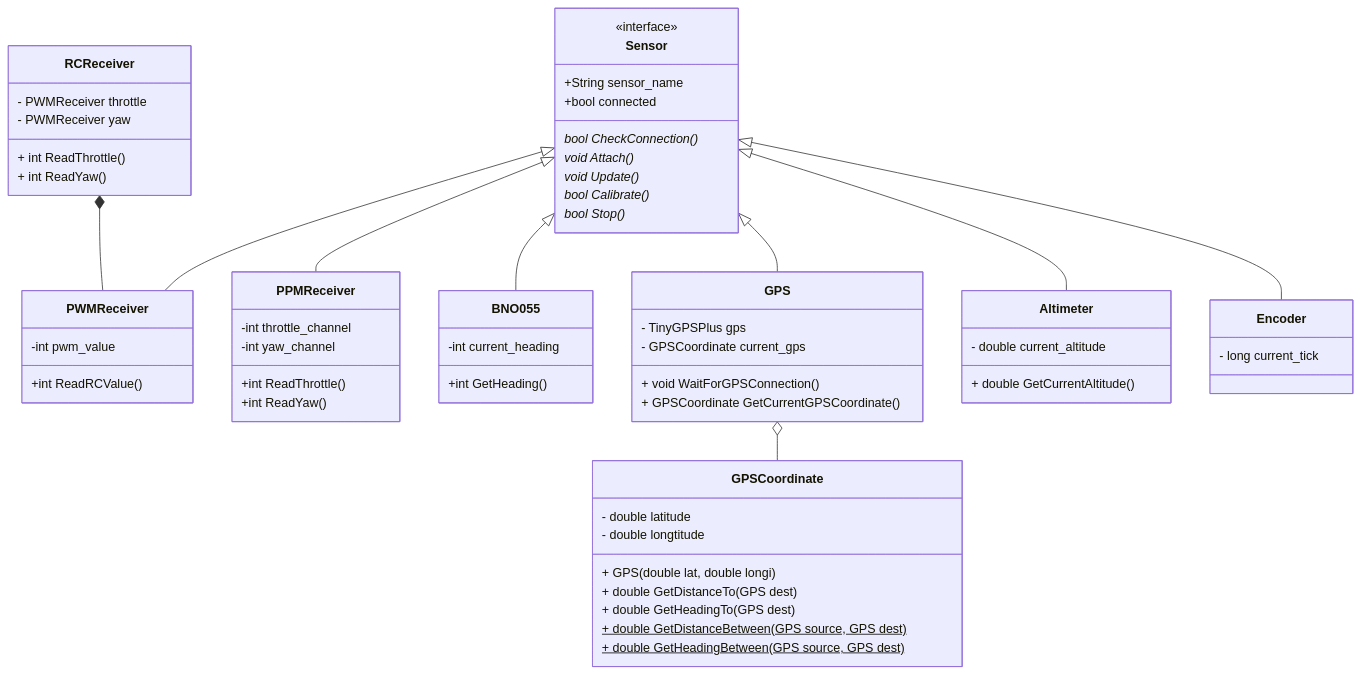
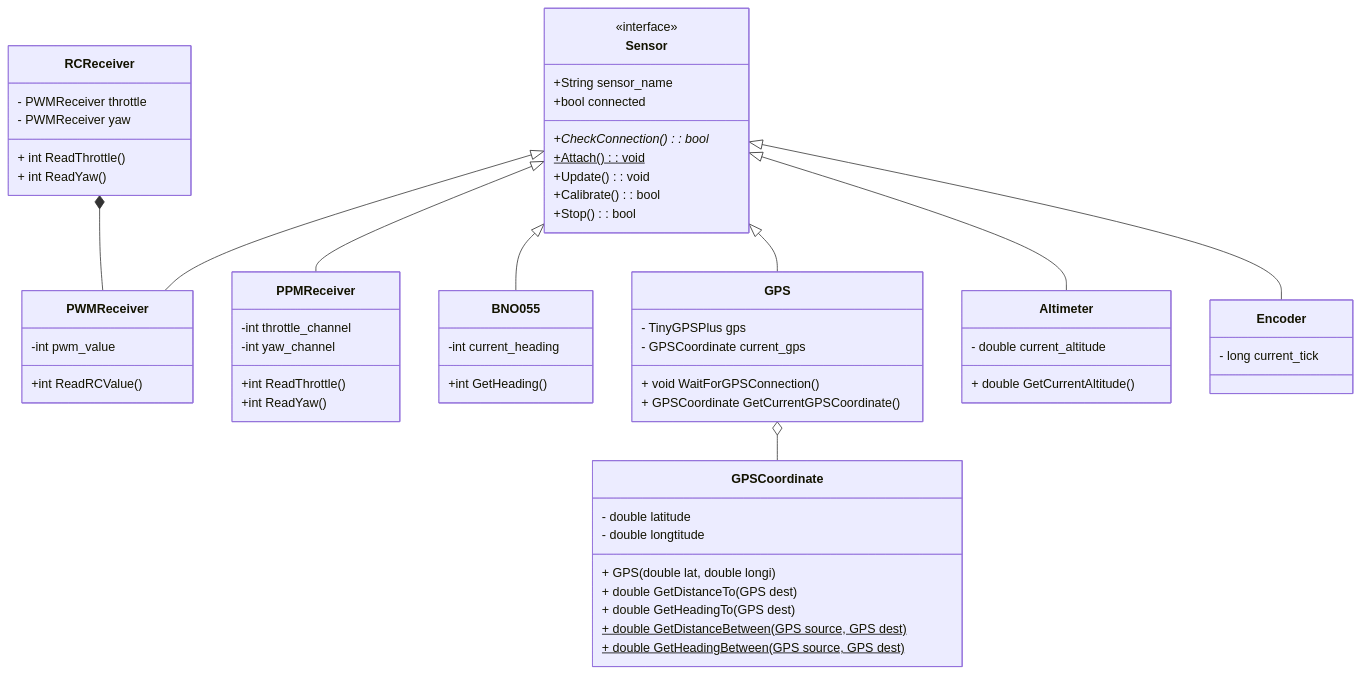
Before and after one commit to ubcuas/Airdrop-Software-2022: the first of 2 diagrams in docs/DESIGN.md, drawn with Mermaid.

Commit message:
test mermaid abstract function

````diff
--- a/docs/DESIGN.md
+++ b/docs/DESIGN.md
@@ -12,79 +12,79 @@
 ```mermaid
 classDiagram
 
 
 class Sensor {
  <<interface>>
  +String sensor_name
  +bool connected
- bool CheckConnection()*
- void Attach()*
- void Update()*
- bool Calibrate()*
- bool Stop()*
+ +CheckConnection()*: bool
+ +Attach()$: void
+ +Update(): void
+ +Calibrate(): bool
+ +Stop(): bool
 }
 
 
 RCReceiver *-- PWMReceiver
 class RCReceiver {
   - PWMReceiver throttle
   - PWMReceiver yaw
   + int ReadThrottle()
   + int ReadYaw()
 }
 
 Sensor <|-- PWMReceiver
 class PWMReceiver {
   -int pwm_value
   +int ReadRCValue()
 }
 
 Sensor <|-- PPMReceiver
 class PPMReceiver {
   -int throttle_channel
   -int yaw_channel
   +int ReadThrottle()
   +int ReadYaw()
 }
 
 Sensor <|-- BNO055
 class BNO055 {
   -int current_heading
   +int GetHeading()
 }
 
 
 Sensor <|-- GPS
 class GPS {
   - TinyGPSPlus gps
   - GPSCoordinate current_gps
   + void WaitForGPSConnection()
   + GPSCoordinate GetCurrentGPSCoordinate()
 }
 
 GPS o-- GPSCoordinate
 class GPSCoordinate {
   - double latitude
   - double longtitude
   + GPS(double lat, double longi)
   + double GetDistanceTo(GPS dest)
   + double GetHeadingTo(GPS dest)
   + double GetDistanceBetween(GPS source, GPS dest)$
   + double GetHeadingBetween(GPS source, GPS dest)$
 }
 
 
 Sensor <|-- Altimeter
 class Altimeter {
   - double current_altitude
   + double GetCurrentAltitude()
 }
 
 Sensor <|-- Encoder
 class Encoder {
   - long current_tick
 
 }
 
 
 ```
````
